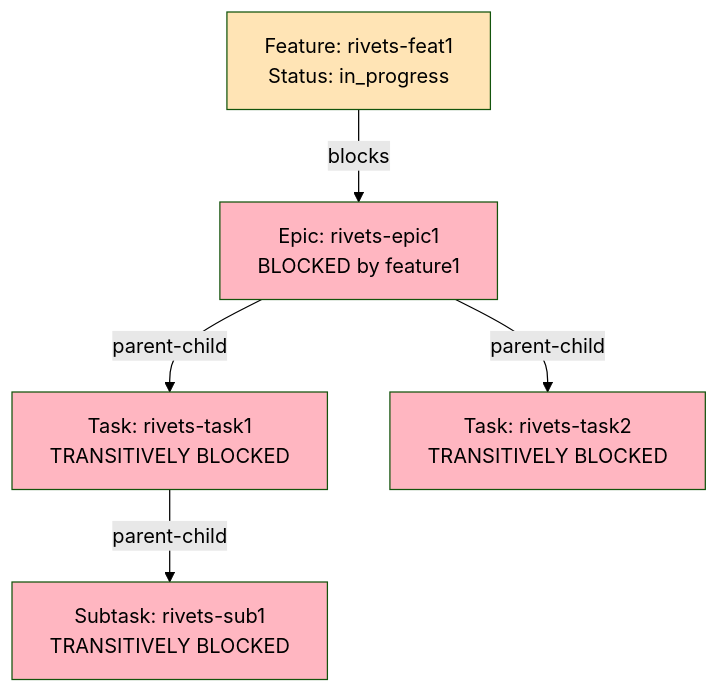
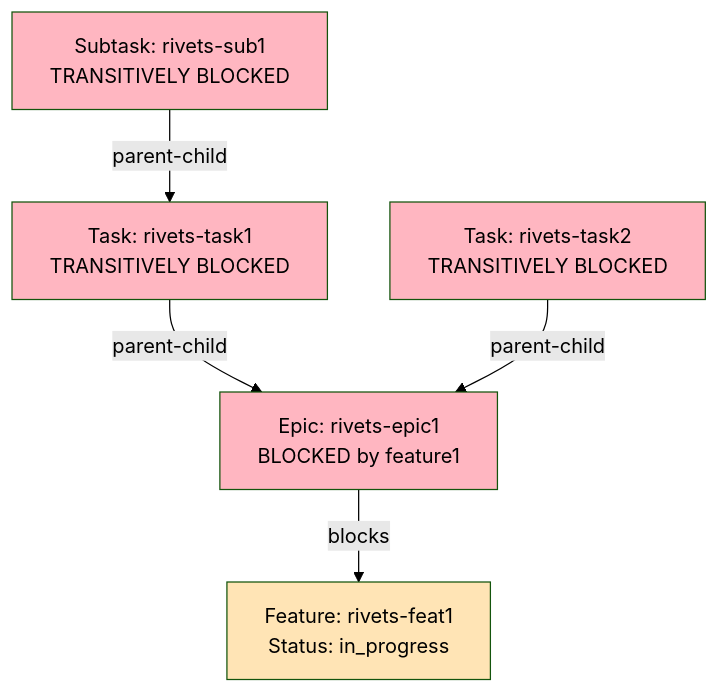
Before and after one commit to dwalleck/rivets: the seventh of 9 diagrams in docs/storage-architecture.md, drawn with Mermaid (forest theme). The commit also changed other lines of this file and 4 other files, not shown here.

````diff
--- a/docs/storage-architecture.md
+++ b/docs/storage-architecture.md
@@ -280,14 +358,14 @@
 ```mermaid
 graph TD
-    Epic[Epic: rivets-epic1<br/>BLOCKED by feature1] -->|parent-child| Task1[Task: rivets-task1<br/>TRANSITIVELY BLOCKED]
-    Epic -->|parent-child| Task2[Task: rivets-task2<br/>TRANSITIVELY BLOCKED]
-    Task1 -->|parent-child| Subtask1[Subtask: rivets-sub1<br/>TRANSITIVELY BLOCKED]
+    Task1[Task: rivets-task1<br/>TRANSITIVELY BLOCKED] -->|parent-child| Epic[Epic: rivets-epic1<br/>BLOCKED by feature1]
+    Task2[Task: rivets-task2<br/>TRANSITIVELY BLOCKED] -->|parent-child| Epic
+    Subtask1[Subtask: rivets-sub1<br/>TRANSITIVELY BLOCKED] -->|parent-child| Task1
 
-    Feature1[Feature: rivets-feat1<br/>Status: in_progress] -->|blocks| Epic
+    Epic -->|blocks| Feature1[Feature: rivets-feat1<br/>Status: in_progress]
 
     style Epic fill:#FFB6C1
     style Task1 fill:#FFB6C1
     style Task2 fill:#FFB6C1
     style Subtask1 fill:#FFB6C1
     style Feature1 fill:#FFE4B5
 ```
````
